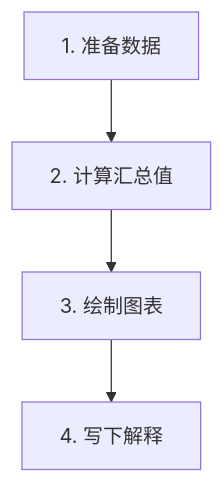
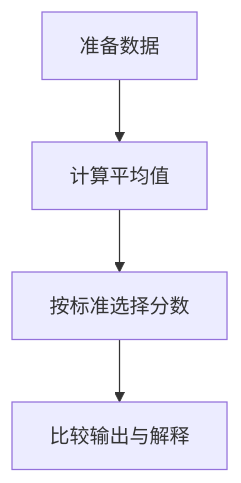
The diagram in docs/assets/part-02/chapter-10/notebook-experiment-flow-zh.mmd (devchan64/AiBook), drawn with Mermaid before and after one commit. The commit also changed 28 other files, not shown here.

Commit message:
docs: reinforce P2-10 notebooks and require Mermaid for suitable diagrams

```diff
--- a/docs/assets/part-02/chapter-10/notebook-experiment-flow-zh.mmd
+++ b/docs/assets/part-02/chapter-10/notebook-experiment-flow-zh.mmd
@@ -1,7 +1,6 @@
 flowchart TB
-  A["1. 准备数据"]
-  B["2. 计算汇总值"]
-  C["3. 绘制图表"]
-  D["4. 写下解释"]
-
+  A["准备数据"]
+  B["计算平均值"]
+  C["按标准选择分数"]
+  D["比较输出与解释"]
   A --> B --> C --> D
```
